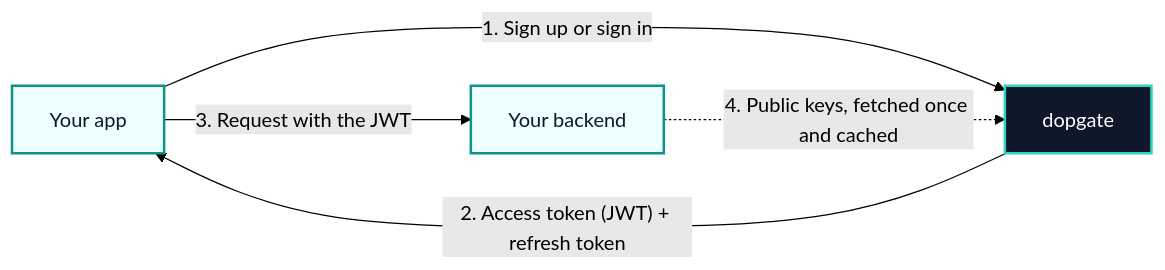
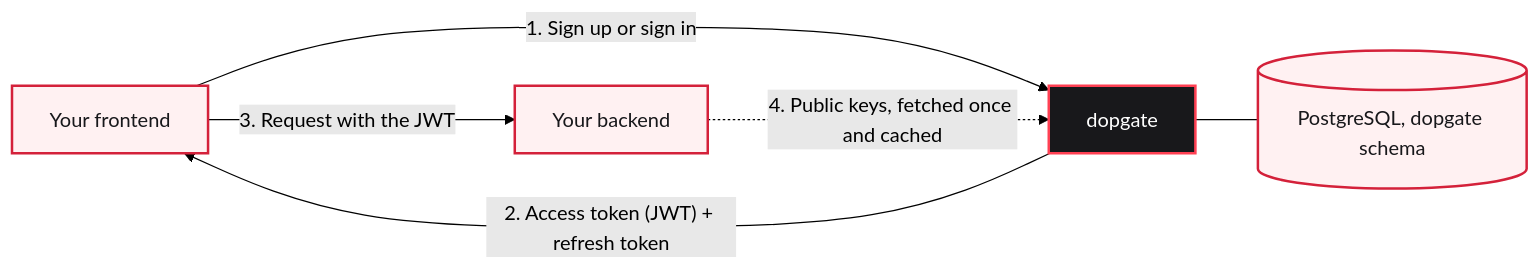
The diagram in docs/guide/index.md (dopbasehq/dopgate), drawn with Mermaid (forest theme) before and after one commit. The commit also changed other lines of this file and 49 other files, not shown here.

````diff
--- a/docs/guide/index.md
+++ b/docs/guide/index.md
@@ -16,15 +18,16 @@
 ```mermaid
 flowchart LR
-    accTitle: How dopgate fits between your app and your backend
-    accDescr: The app signs the user in through dopgate and receives a JWT. It sends the JWT to your backend, which checks it against dopgate's public keys.
+    accTitle: How Dopgate fits between your app and your backend
+    accDescr: The frontend signs the user in through Dopgate and receives a JWT. It sends the JWT to your backend, which checks it against Dopgate's public keys.
 
-    APP["Your app"] -->|"1. Sign up or sign in"| GATE["dopgate"]
+    APP["Your frontend"] -->|"1. Sign up or sign in"| GATE["dopgate"]
     GATE -->|"2. Access token (JWT) + refresh token"| APP
     APP -->|"3. Request with the JWT"| API["Your backend"]
     API -.->|"4. Public keys, fetched once and cached"| GATE
+    GATE --- DB[("PostgreSQL, dopgate schema")]
 
-    classDef app fill:#ecfeff,color:#0f172a,stroke:#0d9488,stroke-width:2px;
-    classDef gate fill:#0f172a,color:#ffffff,stroke:#2dd4bf,stroke-width:2px;
-    class APP,API app;
+    classDef app fill:#fff1f2,color:#18181b,stroke:#d4213a,stroke-width:2px;
+    classDef gate fill:#18181b,color:#ffffff,stroke:#ff4053,stroke-width:2px;
+    class APP,API,DB app;
     class GATE gate;
 ```
````
